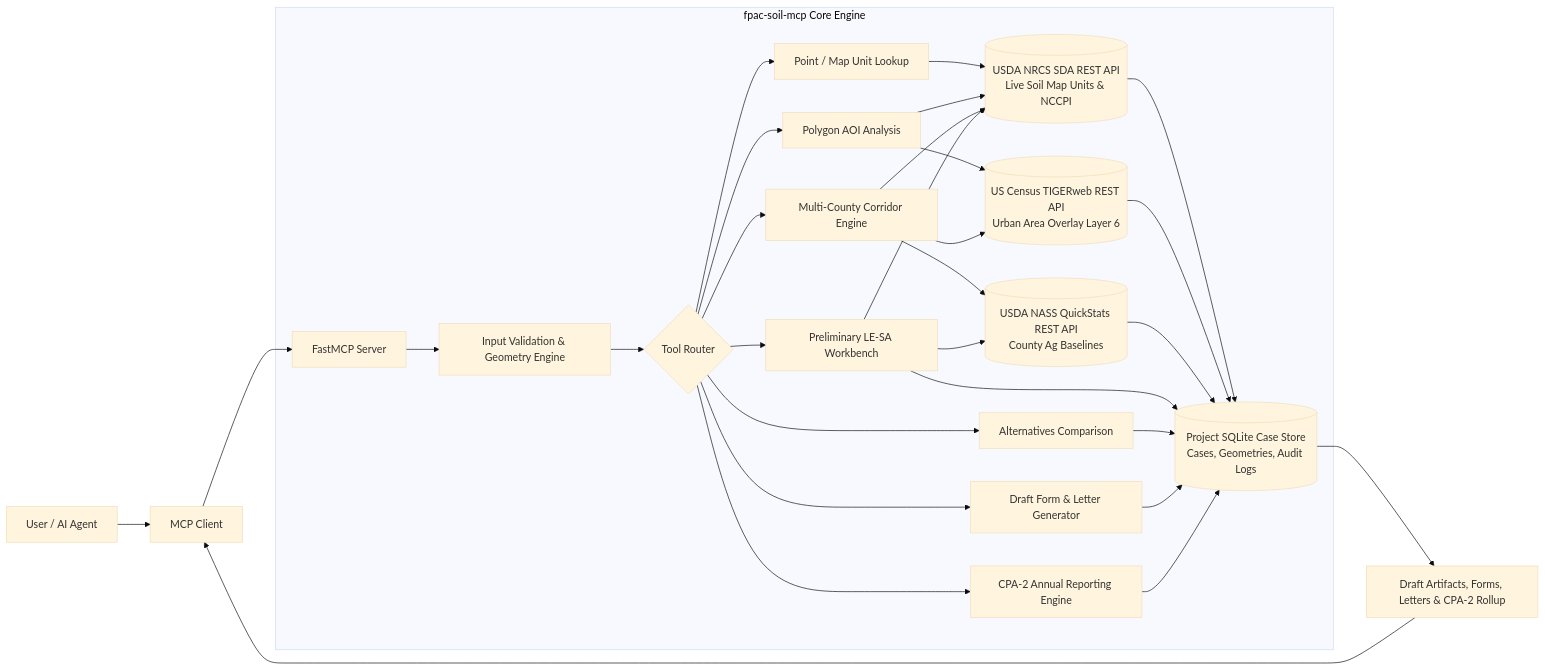
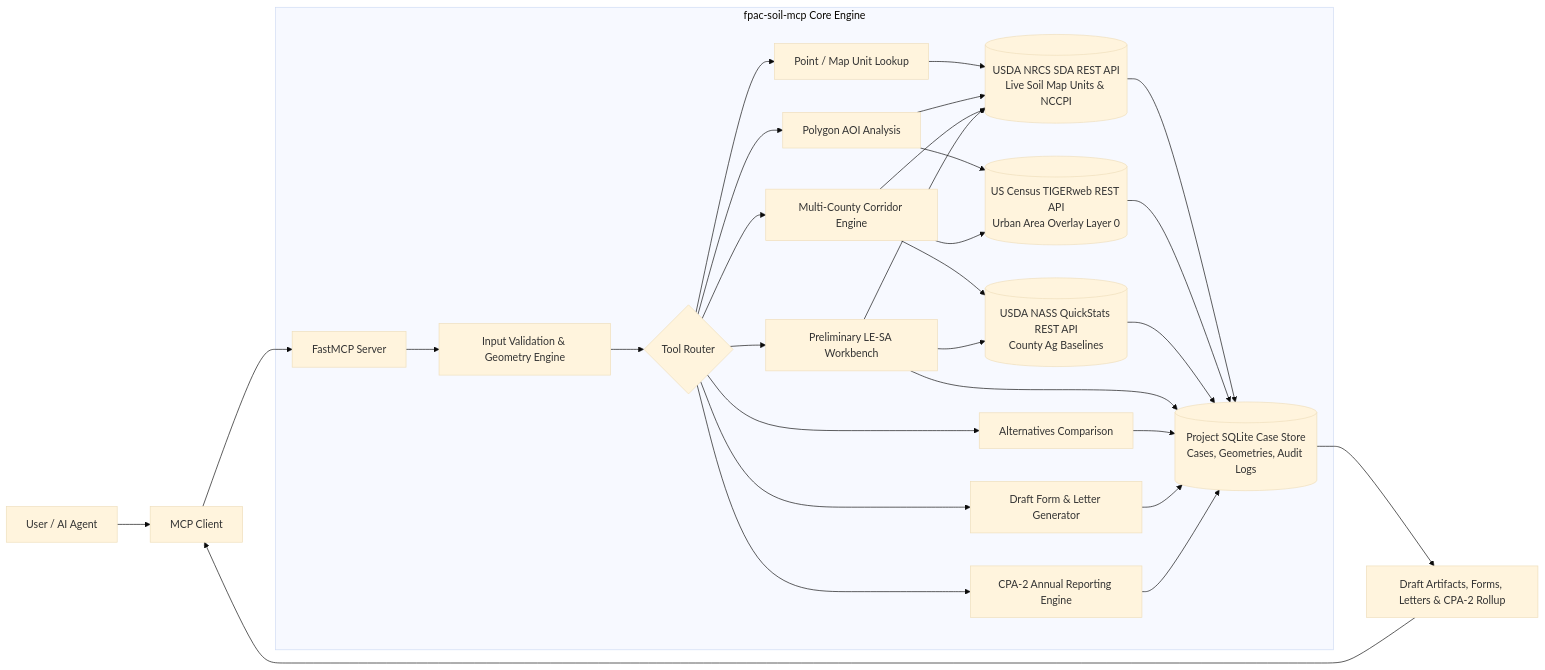
One commit to AndrewBrown-USDA/fpac-soil-mcp changed the first of 2 diagrams in planning/MASTER_PLAN.md. Above: the diagram before and after it, drawn with Mermaid (base theme). The commit also changed other lines of this file and 3 other files, not shown here.

````diff
--- a/planning/MASTER_PLAN.md
+++ b/planning/MASTER_PLAN.md
@@ -60,37 +60,37 @@
 ```mermaid
 flowchart LR
     U[User / AI Agent] --> H[MCP Client]
     H --> M[FastMCP Server]
 
     subgraph Core[fpac-soil-mcp Core Engine]
         M --> V[Input Validation & Geometry Engine]
         V --> T{Tool Router}
         T --> PT[Point / Map Unit Lookup]
         T --> AOI[Polygon AOI Analysis]
         T --> COR[Multi-County Corridor Engine]
         T --> LESA[Preliminary LE-SA Workbench]
         T --> ALT[Alternatives Comparison]
         T --> DOC[Draft Form & Letter Generator]
         T --> CPA2[CPA-2 Annual Reporting Engine]
 
         PT --> SDA[(USDA NRCS SDA REST API\nLive Soil Map Units & NCCPI)]
         AOI --> SDA
         COR --> SDA
-        AOI --> TIGER[(US Census TIGERweb REST API\nUrban Area Overlay Layer 6)]
+        AOI --> TIGER[(US Census TIGERweb REST API\nUrban Area Overlay Layer 0)]
         COR --> TIGER
         COR --> NASS[(USDA NASS QuickStats REST API\nCounty Ag Baselines)]
         LESA --> NASS
         LESA --> SDA
 
         SDA --> DB[(Project SQLite Case Store\nCases, Geometries, Audit Logs)]
         TIGER --> DB
         NASS --> DB
         LESA --> DB
         ALT --> DB
         DOC --> DB
         CPA2 --> DB
     end
 
     DB --> OUT[Draft Artifacts, Forms, Letters & CPA-2 Rollup]
     OUT --> H
 ```
````
